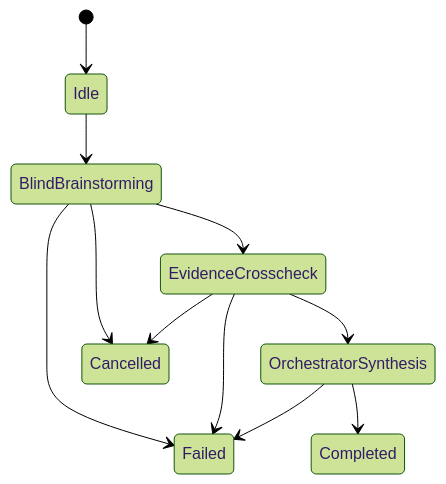
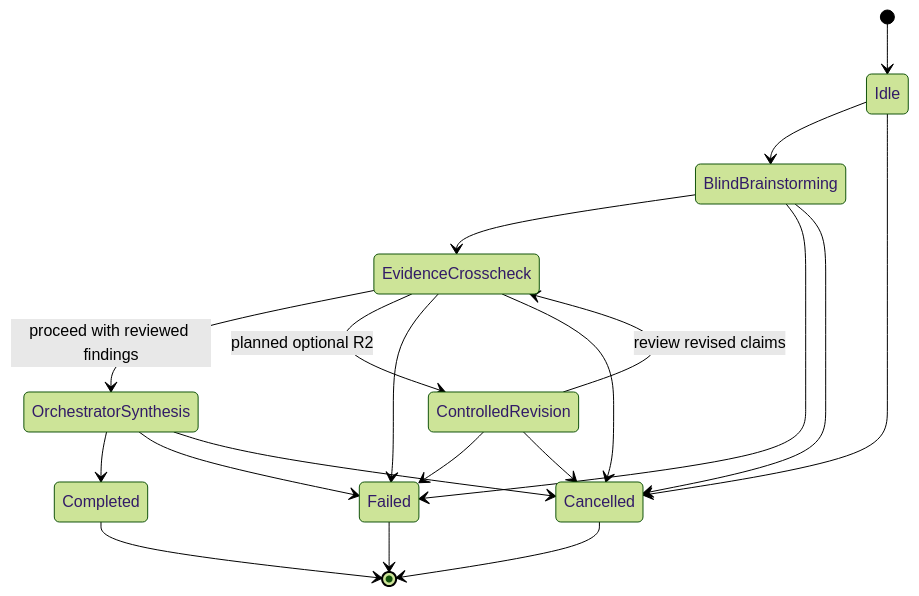
Before and after one commit to haiox/Haiox-Orchestrator-Architecture: the second of 2 diagrams in README.md, drawn with Mermaid (forest theme). The commit also changed other lines of this file, not shown here.

````diff
--- a/README.md
+++ b/README.md
@@ -61,13 +61,22 @@
 ```mermaid
 stateDiagram-v2
     [*] --> Idle
     Idle --> BlindBrainstorming
     BlindBrainstorming --> EvidenceCrosscheck
-    EvidenceCrosscheck --> OrchestratorSynthesis
+    EvidenceCrosscheck --> OrchestratorSynthesis: proceed with reviewed findings
+    EvidenceCrosscheck --> ControlledRevision: planned optional R2
+    ControlledRevision --> EvidenceCrosscheck: review revised claims
     OrchestratorSynthesis --> Completed
+    Idle --> Cancelled
     BlindBrainstorming --> Failed
     EvidenceCrosscheck --> Failed
+    ControlledRevision --> Failed
     OrchestratorSynthesis --> Failed
     BlindBrainstorming --> Cancelled
     EvidenceCrosscheck --> Cancelled
+    ControlledRevision --> Cancelled
+    OrchestratorSynthesis --> Cancelled
+    Completed --> [*]
+    Failed --> [*]
+    Cancelled --> [*]
 ```
````
